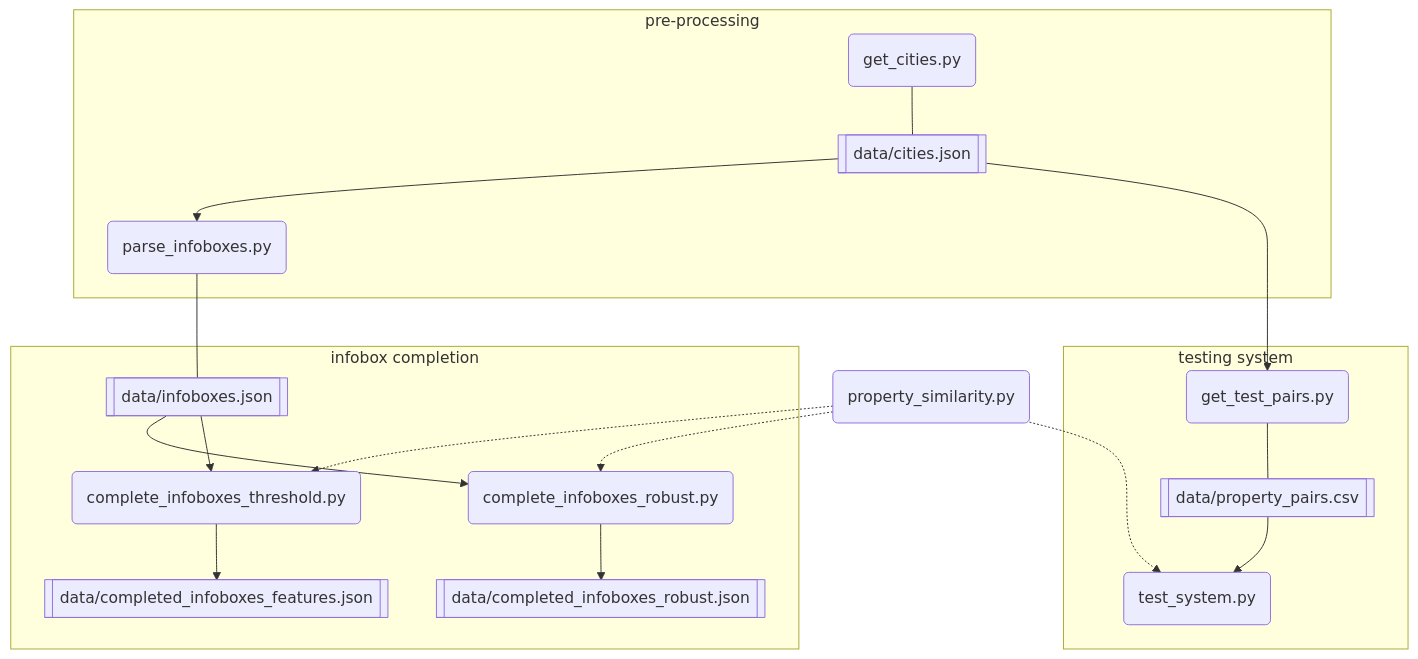
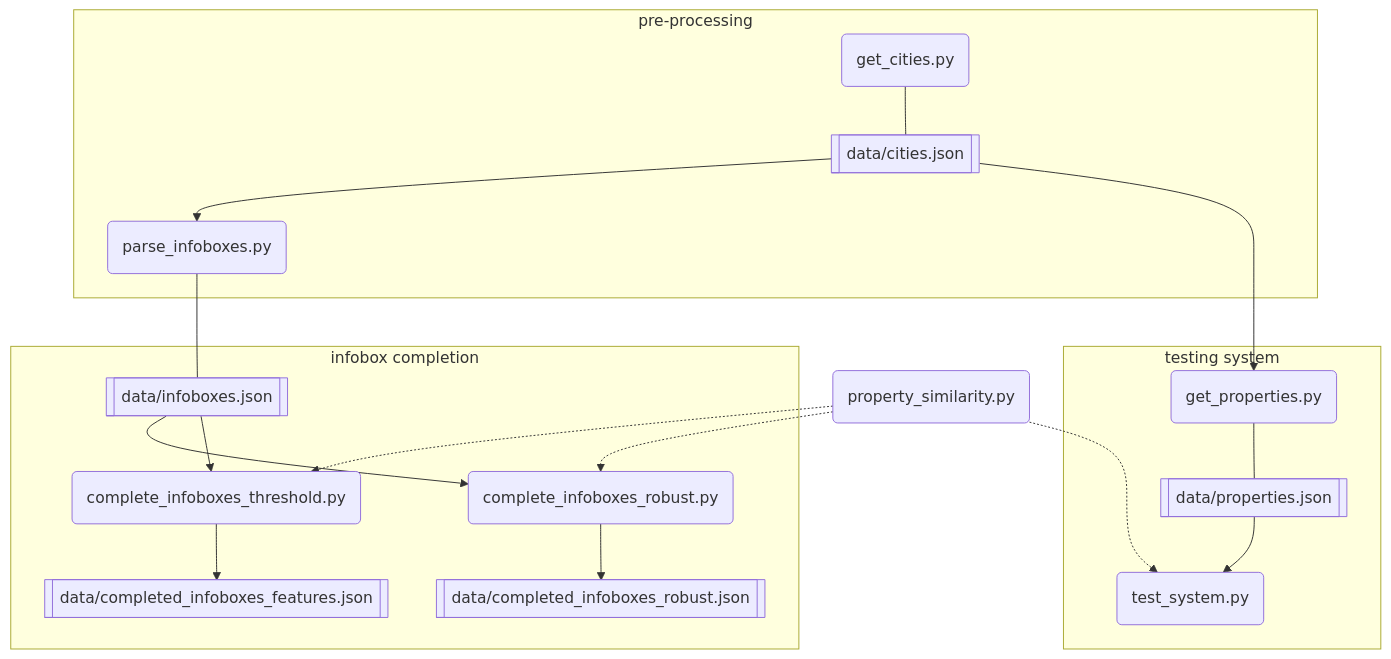
One commit to bbjoverbeek/Wiki-Infobox-Completion changed the diagram in README.md. Above: the diagram before and after it, drawn with Mermaid. The commit also changed other lines of this file and 3 other files, not shown here.

````diff
--- a/README.md
+++ b/README.md
@@ -5,22 +5,22 @@
 ```mermaid
 flowchart TD
     subgraph pre-processing
         A(get_cities.py) --- R[[data/cities.json]] --> B(parse_infoboxes.py)
     end
 
     C(property_similarity.py) -.-> E & F & G
 
     subgraph testing system
         R---> D
-        D(get_test_pairs.py) --- S[[data/property_pairs.csv]] --> E(test_system.py)
+        D(get_properties.py) --- S[[data/properties.json]] --> E(test_system.py)
     end
 
     subgraph infobox completion
         B --- T[["data/infoboxes.json"]]--> G & F
         G(complete_infoboxes_robust.py)
         F(complete_infoboxes_threshold.py)
         G--> V[[data/completed_infoboxes_robust.json]]
         F--> U[[data/completed_infoboxes_features.json]]
     end
 
 ```
````
